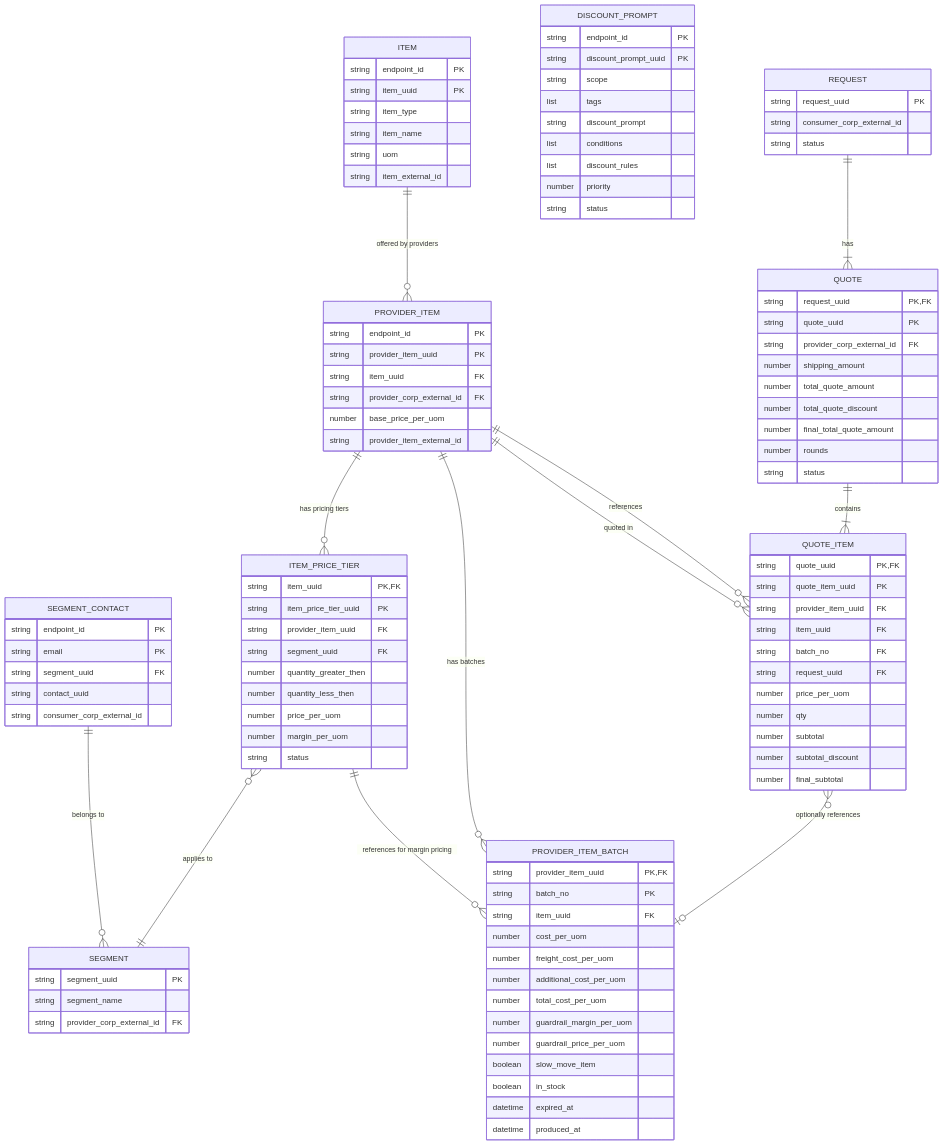
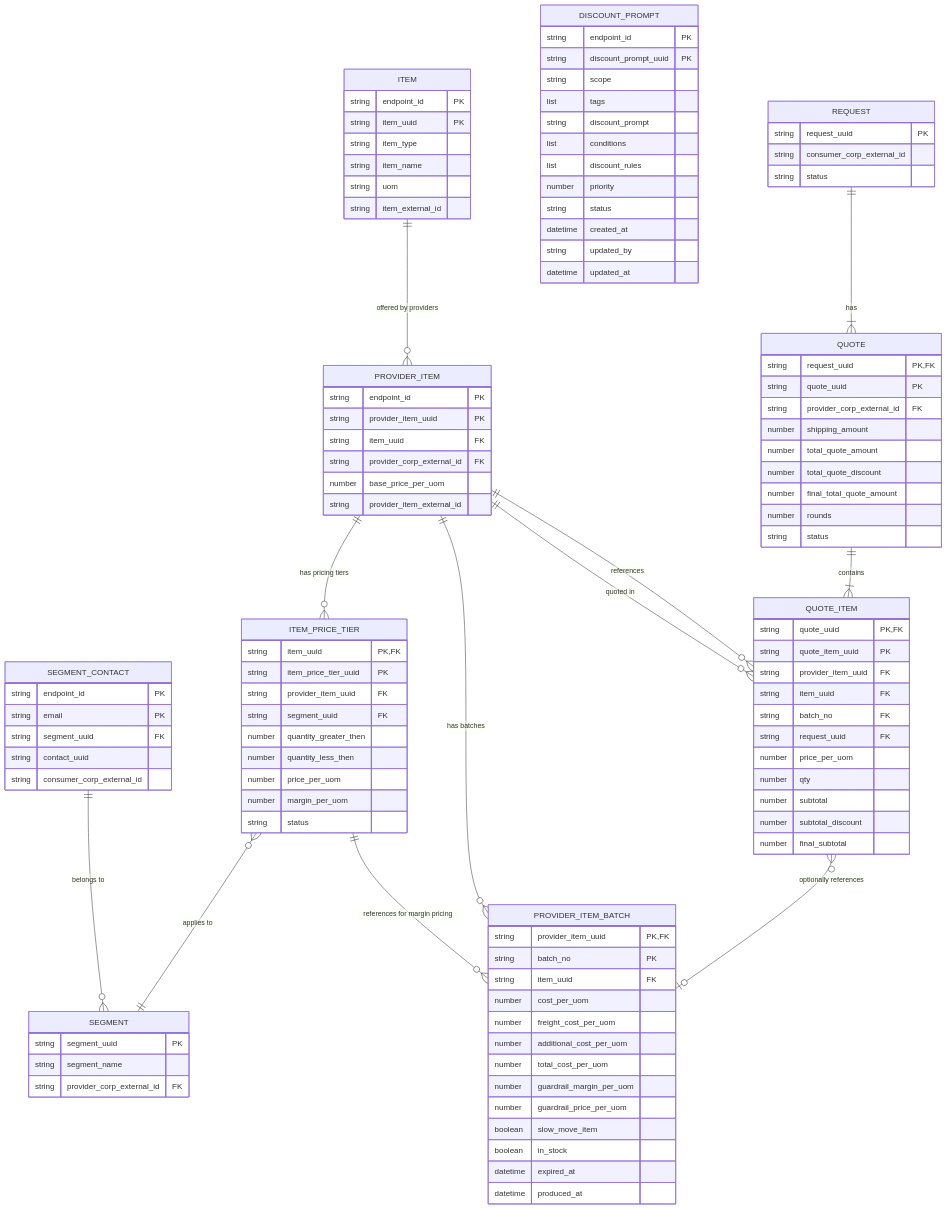
Before and after one commit to ideabosque/ai_rfq_engine: the fourth of 11 diagrams in docs/PRICING_CALCULATION.md, drawn with Mermaid. The commit also changed other lines of this file and 31 other files, not shown here.

```diff
--- a/docs/PRICING_CALCULATION.md
+++ b/docs/PRICING_CALCULATION.md
@@ -796,6 +834,9 @@
         list discount_rules
         number priority
         string status
+        datetime created_at
+        string updated_by
+        datetime updated_at
     }
 
     QUOTE ||--|{ QUOTE_ITEM : "contains"
```
